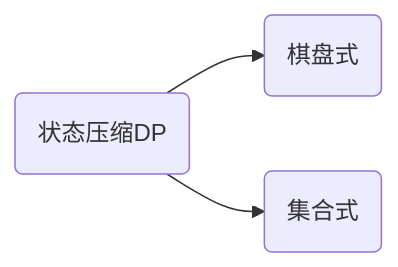
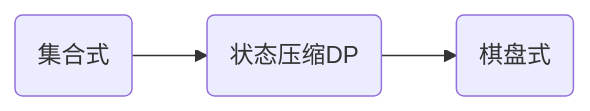
One commit to NXIST-backup/algorithm_trans changed the diagram in Mark_and_Down/test.md. Above: the diagram before and after it, drawn with Mermaid. The commit also changed 12 other files, not shown here.

````diff
--- a/Mark_and_Down/test.md
+++ b/Mark_and_Down/test.md
@@ -3,6 +3,6 @@
 ```mermaid
     graph LR
 
     状态压缩DP(状态压缩DP) --> 棋盘式(棋盘式)
-    状态压缩DP(状态压缩DP) --> 集合式(集合式)
+    集合式(集合式) --> 状态压缩DP(状态压缩DP)
 ```
````
